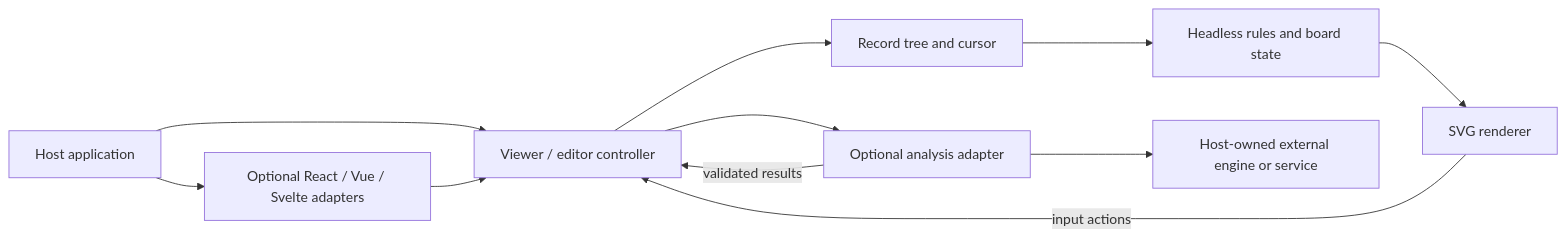
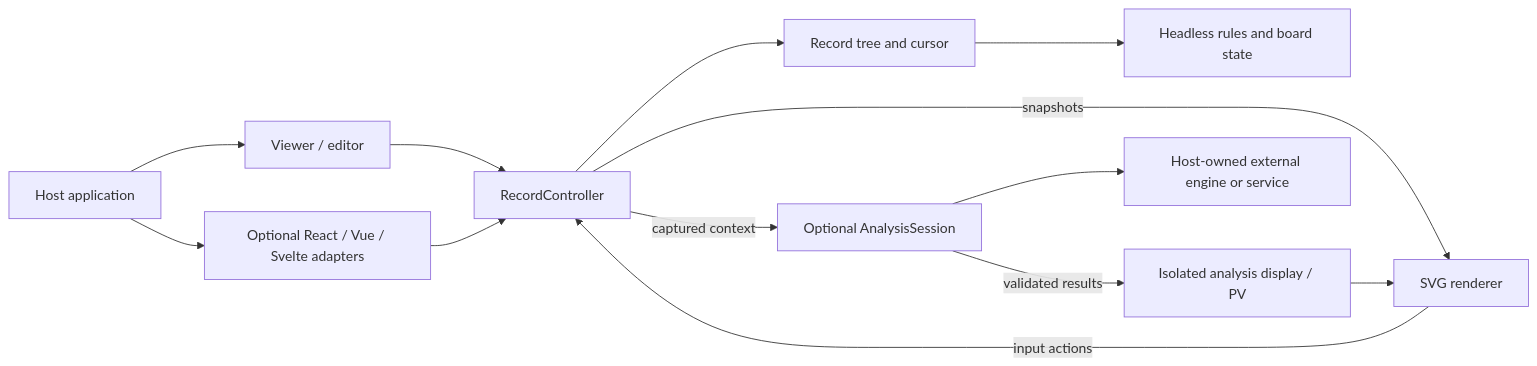
One commit to 0disoft/banora changed the diagram in ARCHITECTURE.md. Above: the diagram before and after it, drawn with Mermaid. The commit also changed other lines of this file and 19 other files, not shown here.

````diff
--- a/ARCHITECTURE.md
+++ b/ARCHITECTURE.md
@@ -42,13 +45,15 @@
 ```mermaid
 flowchart LR
-  Host[Host application] --> Viewer[Viewer / editor controller]
+  Host[Host application] --> Viewer[Viewer / editor]
   Host --> Adapters[Optional React / Vue / Svelte adapters]
-  Adapters --> Viewer
-  Viewer --> Records[Record tree and cursor]
+  Adapters --> Controller[RecordController]
+  Viewer --> Controller
+  Controller --> Records[Record tree and cursor]
   Records --> Core[Headless rules and board state]
-  Core --> SVG[SVG renderer]
-  SVG -->|input actions| Viewer
-  Viewer --> AI[Optional analysis adapter]
+  Controller -->|snapshots| SVG[SVG renderer]
+  SVG -->|input actions| Controller
+  Controller -->|captured context| AI[Optional AnalysisSession]
   AI --> Provider[Host-owned external engine or service]
-  AI -->|validated results| Viewer
+  AI -->|validated results| AnalysisView[Isolated analysis display / PV]
+  AnalysisView --> SVG
 ```
````
